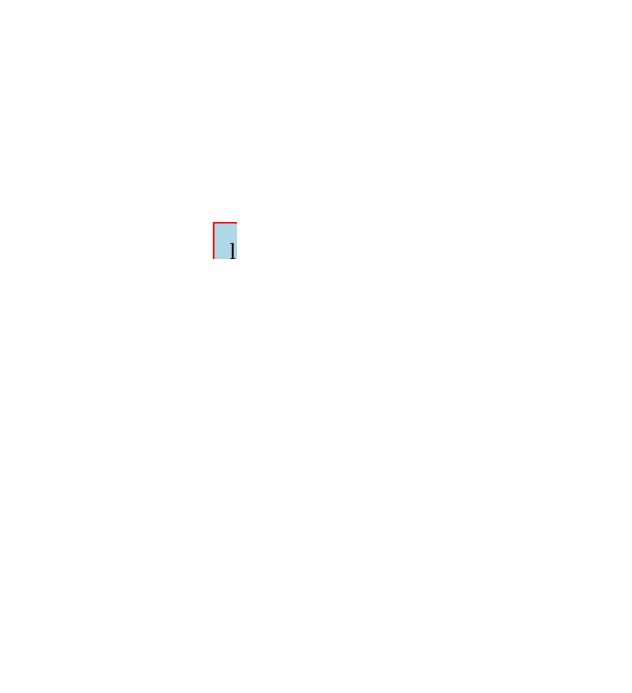
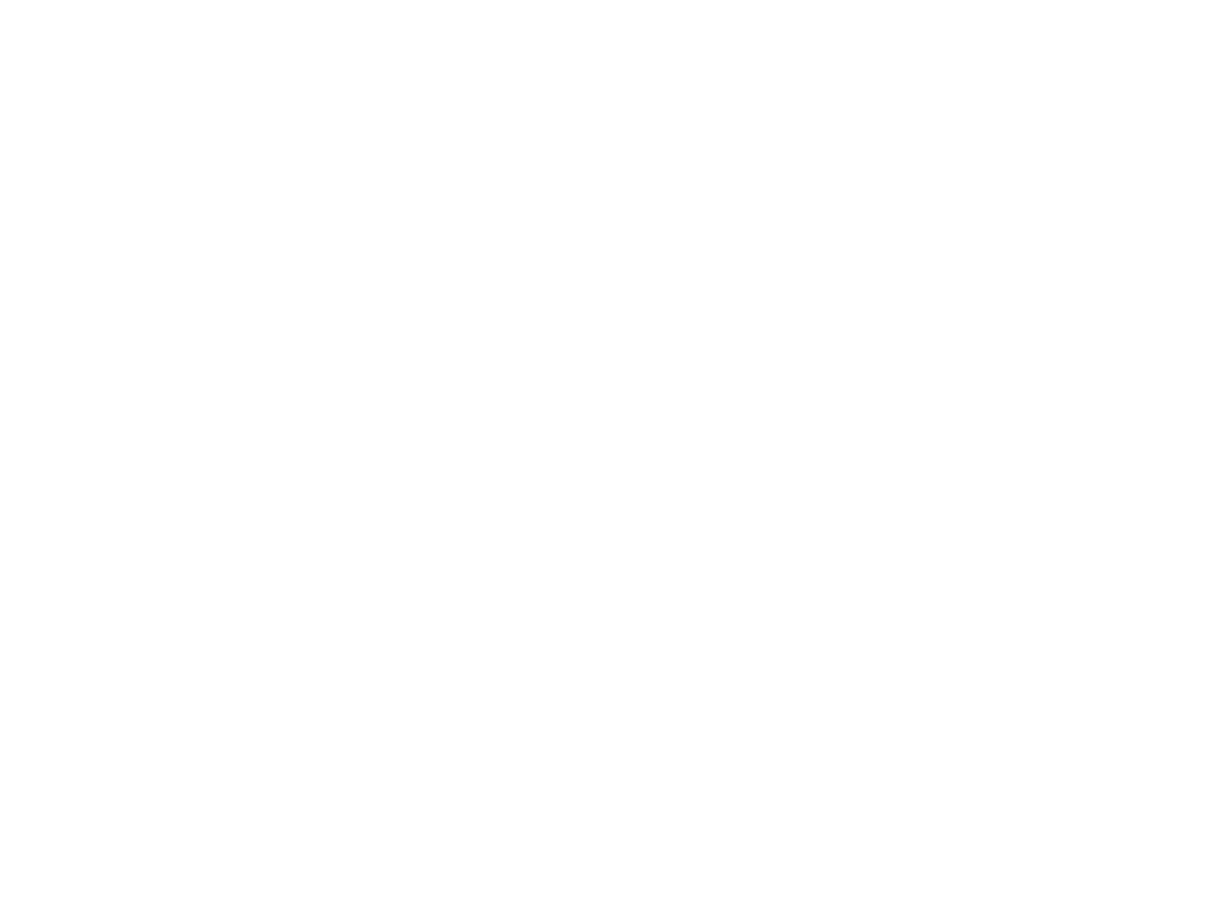
Before and after one commit to dodokek/Tree-Structure-Akinator: the diagram in data/graph.dot, drawn with Graphviz. The commit also changed 3 other files, not shown here.

```diff
--- a/data/graph.dot
+++ b/data/graph.dot
@@ -1,43 +1,61 @@
 
     digraph g {
         dpi      = 200;
         fontname = "Comic Sans MS";
         fontsize = 20;
         rankdir   =  TB;
         edge [color = darkgrey, arrowhead = onormal, arrowsize = 1, penwidth = 1.2]
         graph[fillcolor = lightgreen, ranksep = 1.3, nodesep = 0.5,
         style = "rounded, filled",color = green, penwidth = 2]
 
-    Node0000000000e324b0[shape=rectangle, color="red", width=0.2, style="filled",fillcolor="lightblue", label="bebra"] 
+    Node0000000000ea24b0[shape=rectangle, color="red", width=0.2, style="filled",fillcolor="lightblue", label="Animal"] 
  
-Node0000000000e32510[shape=rectangle, color="red", width=0.2, style="filled",fillcolor="lightblue", label="lol"] 
+Node0000000000ea2510[shape=rectangle, color="red", width=0.2, style="filled",fillcolor="lightblue", label="SucksDick"] 
  
-Node0000000000e32570[shape=rectangle, color="red", width=0.2, style="filled",fillcolor="lightblue", label="kek"] 
+Node0000000000ea2570[shape=rectangle, color="red", width=0.2, style="filled",fillcolor="lightblue", label="StudyInMAI"] 
  
-Node0000000000e37b00[shape=rectangle, color="red", width=0.2, style="filled",fillcolor="lightblue", label="Snusich"] 
+Node0000000000ea25d0[shape=rectangle, color="red", width=0.2, style="filled",fillcolor="lightblue", label="FiveInchDick"] 
  
-Node0000000000e378c0[shape=rectangle, color="red", width=0.2, style="filled",fillcolor="lightblue", label="Krestena"] 
+Node0000000000ea2630[shape=rectangle, color="red", width=0.2, style="filled",fillcolor="lightblue", label="MishkFreddie"] 
  
-Node0000000000e325d0[shape=rectangle, color="red", width=0.2, style="filled",fillcolor="lightblue", label="amongus"] 
+Node0000000000ea2690[shape=rectangle, color="red", width=0.2, style="filled",fillcolor="lightblue", label="Dolbaeb"] 
  
-Node0000000000e32630[shape=rectangle, color="red", width=0.2, style="filled",fillcolor="lightblue", label="8"] 
+Node0000000000ea7890[shape=rectangle, color="red", width=0.2, style="filled",fillcolor="lightblue", label="Sanya"] 
  
-Node0000000000e32690[shape=rectangle, color="red", width=0.2, style="filled",fillcolor="lightblue", label="6"] 
+Node0000000000ea7970[shape=rectangle, color="red", width=0.2, style="filled",fillcolor="lightblue", label="Govnovoder"] 
  
-Node0000000000e37810[shape=rectangle, color="red", width=0.2, style="filled",fillcolor="lightblue", label="Vitalik"] 
+Node0000000000ea7ac0[shape=rectangle, color="red", width=0.2, style="filled",fillcolor="lightblue", label="Krestena"] 
  
-Node0000000000e37a10[shape=rectangle, color="red", width=0.2, style="filled",fillcolor="lightblue", label="Cum"] 
+Node0000000000ea7b20[shape=rectangle, color="red", width=0.2, style="filled",fillcolor="lightblue", label="Arcadiy"] 
  
-Node0000000000e37c20[shape=rectangle, color="red", width=0.2, style="filled",fillcolor="lightblue", label="10"] 
+Node0000000000ea7a30[shape=rectangle, color="red", width=0.2, style="filled",fillcolor="lightblue", label="CumsAlot"] 
  
-Node0000000000e324b0->Node0000000000e32510
-Node0000000000e32510->Node0000000000e32570
-Node0000000000e32510->Node0000000000e37b00
-Node0000000000e37b00->Node0000000000e378c0
-Node0000000000e37b00->Node0000000000e325d0
-Node0000000000e324b0->Node0000000000e32630
-Node0000000000e32630->Node0000000000e32690
-Node0000000000e32630->Node0000000000e37810
-Node0000000000e37810->Node0000000000e37a10
-Node0000000000e37810->Node0000000000e37c20
+Node0000000000ea7940[shape=rectangle, color="red", width=0.2, style="filled",fillcolor="lightblue", label="Vitalik"] 
+ 
+Node0000000000ea7a00[shape=rectangle, color="red", width=0.2, style="filled",fillcolor="lightblue", label="Coder"] 
+ 
+Node0000000000ea7c70[shape=rectangle, color="red", width=0.2, style="filled",fillcolor="lightblue", label="Roma"] 
+ 
+Node0000000000ea7ca0[shape=rectangle, color="red", width=0.2, style="filled",fillcolor="lightblue", label="Joe"] 
+ 
+Node0000000000ea7a60[shape=rectangle, color="red", width=0.2, style="filled",fillcolor="lightblue", label="Obama"] 
+ 
+Node0000000000ea7bb0[shape=rectangle, color="red", width=0.2, style="filled",fillcolor="lightblue", label="Sashka"] 
+ 
+Node0000000000ea24b0->Node0000000000ea2510
+Node0000000000ea2510->Node0000000000ea2570
+Node0000000000ea2570->Node0000000000ea25d0
+Node0000000000ea25d0->Node0000000000ea2630
+Node0000000000ea25d0->Node0000000000ea2690
+Node0000000000ea2570->Node0000000000ea7890
+Node0000000000ea2510->Node0000000000ea7970
+Node0000000000ea7970->Node0000000000ea7ac0
+Node0000000000ea7970->Node0000000000ea7b20
+Node0000000000ea24b0->Node0000000000ea7a30
+Node0000000000ea7a30->Node0000000000ea7940
+Node0000000000ea7a30->Node0000000000ea7a00
+Node0000000000ea7a00->Node0000000000ea7c70
+Node0000000000ea7a00->Node0000000000ea7ca0
+Node0000000000ea7ca0->Node0000000000ea7a60
+Node0000000000ea7ca0->Node0000000000ea7bb0
 }
```
